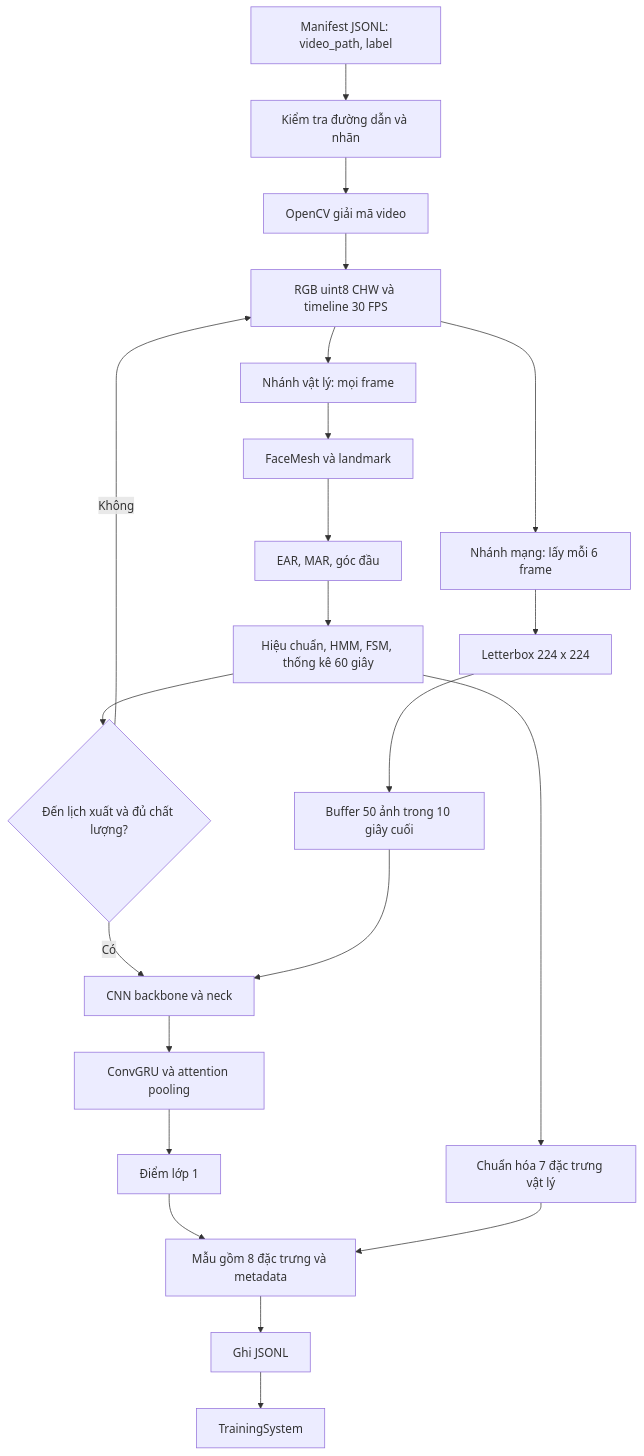
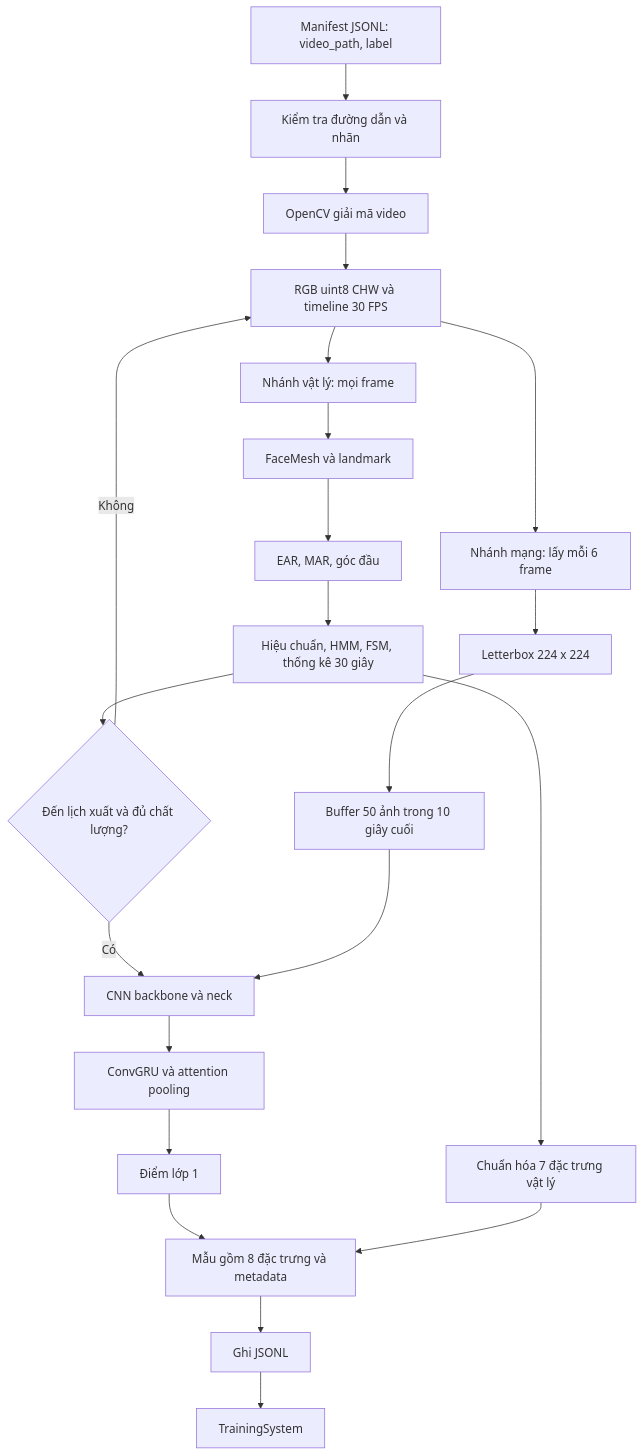
Before and after one commit to minh4bys2-non/driver-guardian: the first of 7 diagrams in ai/OptimalAlgorithsm/DataSystem/README.md, drawn with Mermaid. The commit also changed other lines of this file and 187 other files, not shown here.

````diff
--- a/ai/OptimalAlgorithsm/DataSystem/README.md
+++ b/ai/OptimalAlgorithsm/DataSystem/README.md
@@ -52,24 +52,24 @@
 ```mermaid
 flowchart TD
     A[Manifest JSONL: video_path, label] --> B[Kiểm tra đường dẫn và nhãn]
     B --> C[OpenCV giải mã video]
     C --> D[RGB uint8 CHW và timeline 30 FPS]
     D --> E[Nhánh vật lý: mọi frame]
     D --> F[Nhánh mạng: lấy mỗi 6 frame]
     E --> G[FaceMesh và landmark]
     G --> H[EAR, MAR, góc đầu]
-    H --> I[Hiệu chuẩn, HMM, FSM, thống kê 60 giây]
+    H --> I[Hiệu chuẩn, HMM, FSM, thống kê 30 giây]
     F --> J[Letterbox 224 x 224]
     J --> K[Buffer 50 ảnh trong 10 giây cuối]
     I --> L{Đến lịch xuất và đủ chất lượng?}
     L -->|Không| D
     L -->|Có| M[CNN backbone và neck]
     K --> M
     M --> N[ConvGRU và attention pooling]
     N --> O[Điểm lớp 1]
     I --> P[Chuẩn hóa 7 đặc trưng vật lý]
     O --> Q[Mẫu gồm 8 đặc trưng và metadata]
     P --> Q
     Q --> R[Ghi JSONL]
     R --> S[TrainingSystem]
 ```
````
